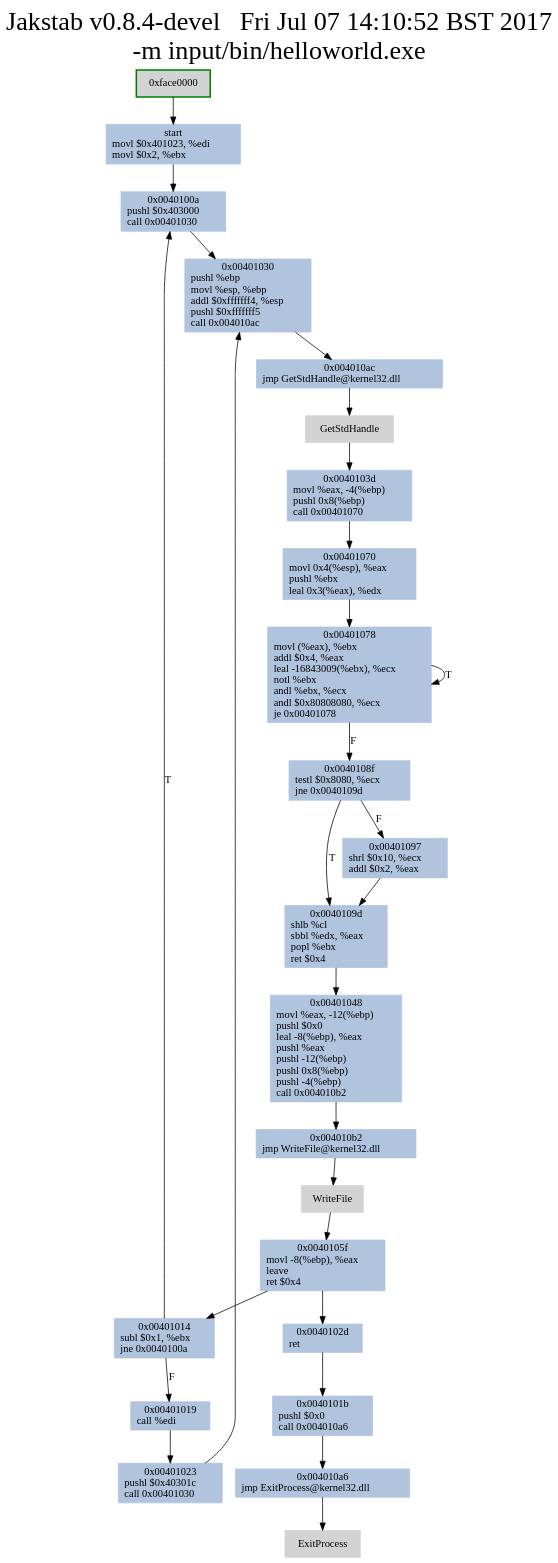
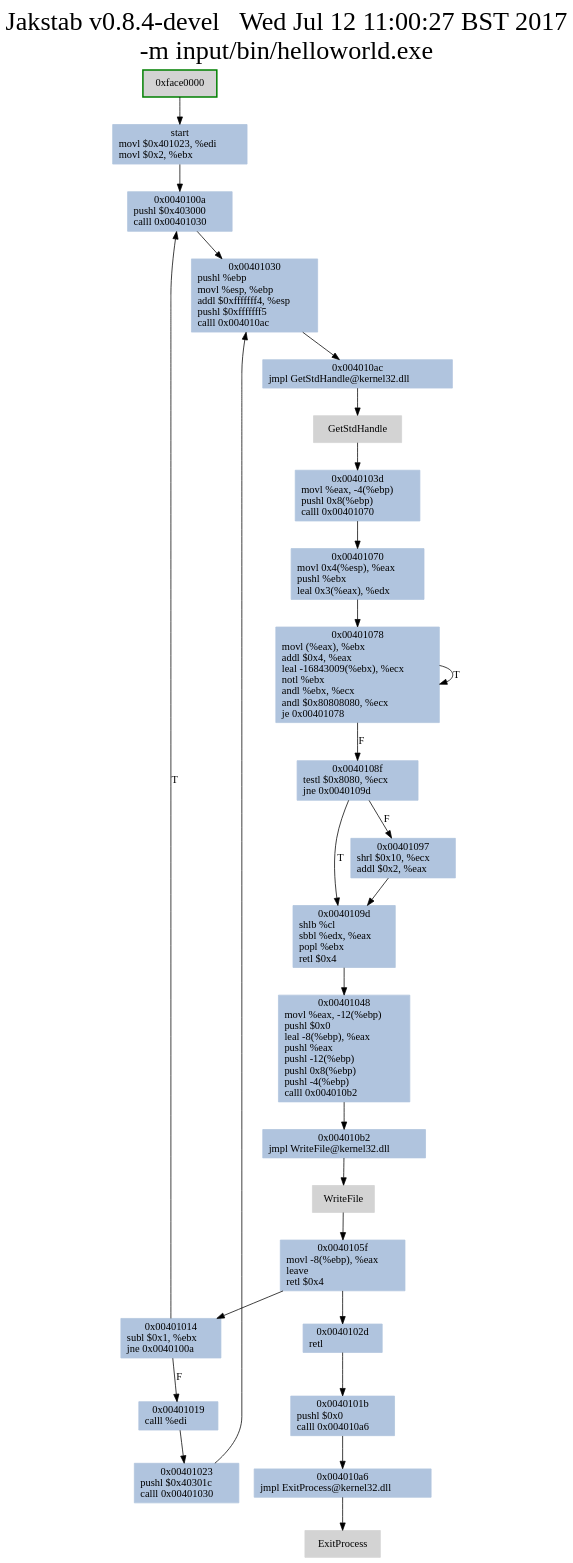
The diagram in jkinder-jakstab-2555a70/input/bin/helloworld_asmcfg.dot (Dmium/jakstabCapstoneTesting), drawn with Graphviz before and after one commit. The commit also changed 20 other files, not shown here.

```diff
--- a/jkinder-jakstab-2555a70/input/bin/helloworld_asmcfg.dot
+++ b/jkinder-jakstab-2555a70/input/bin/helloworld_asmcfg.dot
@@ -1,53 +1,53 @@
 digraph G {
 node[shape=rectangle,style=filled,fillcolor=lightsteelblue,color=lightsteelblue]
 bgcolor="transparent"
-graph [label="Jakstab v0.8.4-devel   Fri Jul 07 14:10:52 BST 2017\n-m input/bin/helloworld.exe", labelloc=t, fontsize=35, pad=30]"0x00401000_0"[label="start\nmovl $0x401023, %edi\lmovl $0x2, %ebx\l"];
-"0x0040100a_0"[label="0x0040100a\npushl $0x403000\lcall 0x00401030\l"];
+graph [label="Jakstab v0.8.4-devel   Wed Jul 12 11:00:27 BST 2017\n-m input/bin/helloworld.exe", labelloc=t, fontsize=35, pad=30]"0x00401000_0"[label="start\nmovl $0x401023, %edi\lmovl $0x2, %ebx\l"];
+"0x0040100a_0"[label="0x0040100a\npushl $0x403000\lcalll 0x00401030\l"];
 "0x00401014_0"[label="0x00401014\nsubl $0x1, %ebx\ljne 0x0040100a\l"];
-"0x00401019_0"[label="0x00401019\ncall %edi\l"];
-"0x0040101b_0"[label="0x0040101b\npushl $0x0\lcall 0x004010a6\l"];
-"0x00401023_0"[label="0x00401023\npushl $0x40301c\lcall 0x00401030\l"];
-"0x0040102d_0"[label="0x0040102d\nret\l"];
-"0x00401030_0"[label="0x00401030\npushl %ebp\lmovl %esp, %ebp\laddl $0xfffffff4, %esp\lpushl $0xfffffff5\lcall 0x004010ac\l"];
-"0x0040103d_0"[label="0x0040103d\nmovl %eax, -4(%ebp)\lpushl 0x8(%ebp)\lcall 0x00401070\l"];
-"0x00401048_0"[label="0x00401048\nmovl %eax, -12(%ebp)\lpushl $0x0\lleal -8(%ebp), %eax\lpushl %eax\lpushl -12(%ebp)\lpushl 0x8(%ebp)\lpushl -4(%ebp)\lcall 0x004010b2\l"];
-"0x0040105f_0"[label="0x0040105f\nmovl -8(%ebp), %eax\lleave \lret $0x4\l"];
+"0x00401019_0"[label="0x00401019\ncalll %edi\l"];
+"0x0040101b_0"[label="0x0040101b\npushl $0x0\lcalll 0x004010a6\l"];
+"0x00401023_0"[label="0x00401023\npushl $0x40301c\lcalll 0x00401030\l"];
+"0x0040102d_0"[label="0x0040102d\nretl\l"];
+"0x00401030_0"[label="0x00401030\npushl %ebp\lmovl %esp, %ebp\laddl $0xfffffff4, %esp\lpushl $0xfffffff5\lcalll 0x004010ac\l"];
+"0x0040103d_0"[label="0x0040103d\nmovl %eax, -4(%ebp)\lpushl 0x8(%ebp)\lcalll 0x00401070\l"];
+"0x00401048_0"[label="0x00401048\nmovl %eax, -12(%ebp)\lpushl $0x0\lleal -8(%ebp), %eax\lpushl %eax\lpushl -12(%ebp)\lpushl 0x8(%ebp)\lpushl -4(%ebp)\lcalll 0x004010b2\l"];
+"0x0040105f_0"[label="0x0040105f\nmovl -8(%ebp), %eax\lleave \lretl $0x4\l"];
 "0x00401070_0"[label="0x00401070\nmovl 0x4(%esp), %eax\lpushl %ebx\lleal 0x3(%eax), %edx\l"];
 "0x00401078_0"[label="0x00401078\nmovl (%eax), %ebx\laddl $0x4, %eax\lleal -16843009(%ebx), %ecx\lnotl %ebx\landl %ebx, %ecx\landl $0x80808080, %ecx\lje 0x00401078\l"];
 "0x0040108f_0"[label="0x0040108f\ntestl $0x8080, %ecx\ljne 0x0040109d\l"];
 "0x00401097_0"[label="0x00401097\nshrl $0x10, %ecx\laddl $0x2, %eax\l"];
-"0x0040109d_0"[label="0x0040109d\nshlb %cl\lsbbl %edx, %eax\lpopl %ebx\lret $0x4\l"];
-"0x004010a6_0"[label="0x004010a6\njmp ExitProcess@kernel32.dll\l"];
-"0x004010ac_0"[label="0x004010ac\njmp GetStdHandle@kernel32.dll\l"];
-"0x004010b2_0"[label="0x004010b2\njmp WriteFile@kernel32.dll\l"];
+"0x0040109d_0"[label="0x0040109d\nshlb %cl\lsbbl %edx, %eax\lpopl %ebx\lretl $0x4\l"];
+"0x004010a6_0"[label="0x004010a6\njmpl ExitProcess@kernel32.dll\l"];
+"0x004010ac_0"[label="0x004010ac\njmpl GetStdHandle@kernel32.dll\l"];
+"0x004010b2_0"[label="0x004010b2\njmpl WriteFile@kernel32.dll\l"];
 "0xface0000_0"[label="0xface0000\n",fillcolor="lightgrey",color="green",style="filled,bold"];
 "0xff000010_0"[label="WriteFile\n",fillcolor="lightgrey",color="lightgrey"];
 "0xff000020_0"[label="ExitProcess\n",fillcolor="lightgrey",color="lightgrey"];
 "0xff000030_0"[label="GetStdHandle\n",fillcolor="lightgrey",color="lightgrey"];
 "0x0040105f_0" -> "0x00401014_0" [color="#000000"];
+"0x00401078_0" -> "0x0040108f_0" [color="#000000",label="F"];
+"0x0040103d_0" -> "0x00401070_0" [color="#000000"];
+"0x0040105f_0" -> "0x0040102d_0" [color="#000000"];
+"0x0040108f_0" -> "0x0040109d_0" [color="#000000",label="T"];
+"0x0040102d_0" -> "0x0040101b_0" [color="#000000"];
+"0x004010ac_0" -> "0xff000030_0" [color="#000000"];
+"0x004010a6_0" -> "0xff000020_0" [color="#000000"];
+"0x0040100a_0" -> "0x00401030_0" [color="#000000"];
+"0x00401014_0" -> "0x00401019_0" [color="#000000",label="F"];
+"0x00401078_0" -> "0x00401078_0" [color="#000000",label="T"];
+"0x004010b2_0" -> "0xff000010_0" [color="#000000"];
+"0x0040101b_0" -> "0x004010a6_0" [color="#000000"];
+"0xface0000_0" -> "0x00401000_0" [color="#000000"];
+"0x0040109d_0" -> "0x00401048_0" [color="#000000"];
+"0xff000010_0" -> "0x0040105f_0" [color="#000000"];
 "0x00401019_0" -> "0x00401023_0" [color="#000000"];
+"0x00401070_0" -> "0x00401078_0" [color="#000000"];
+"0x00401048_0" -> "0x004010b2_0" [color="#000000"];
+"0xff000030_0" -> "0x0040103d_0" [color="#000000"];
+"0x00401097_0" -> "0x0040109d_0" [color="#000000"];
+"0x00401030_0" -> "0x004010ac_0" [color="#000000"];
+"0x0040108f_0" -> "0x00401097_0" [color="#000000",label="F"];
 "0x00401000_0" -> "0x0040100a_0" [color="#000000"];
 "0x00401023_0" -> "0x00401030_0" [color="#000000"];
-"0x00401070_0" -> "0x00401078_0" [color="#000000"];
-"0x00401030_0" -> "0x004010ac_0" [color="#000000"];
-"0x0040102d_0" -> "0x0040101b_0" [color="#000000"];
-"0x0040100a_0" -> "0x00401030_0" [color="#000000"];
-"0x00401048_0" -> "0x004010b2_0" [color="#000000"];
-"0x00401014_0" -> "0x00401019_0" [color="#000000",label="F"];
-"0x00401078_0" -> "0x0040108f_0" [color="#000000",label="F"];
-"0xff000010_0" -> "0x0040105f_0" [color="#000000"];
-"0x0040103d_0" -> "0x00401070_0" [color="#000000"];
 "0x00401014_0" -> "0x0040100a_0" [color="#000000",label="T"];
-"0x0040101b_0" -> "0x004010a6_0" [color="#000000"];
-"0xff000030_0" -> "0x0040103d_0" [color="#000000"];
-"0x0040109d_0" -> "0x00401048_0" [color="#000000"];
-"0xface0000_0" -> "0x00401000_0" [color="#000000"];
-"0x004010ac_0" -> "0xff000030_0" [color="#000000"];
-"0x0040108f_0" -> "0x0040109d_0" [color="#000000",label="T"];
-"0x00401078_0" -> "0x00401078_0" [color="#000000",label="T"];
-"0x004010b2_0" -> "0xff000010_0" [color="#000000"];
-"0x0040108f_0" -> "0x00401097_0" [color="#000000",label="F"];
-"0x0040105f_0" -> "0x0040102d_0" [color="#000000"];
-"0x004010a6_0" -> "0xff000020_0" [color="#000000"];
-"0x00401097_0" -> "0x0040109d_0" [color="#000000"];
 }
```
